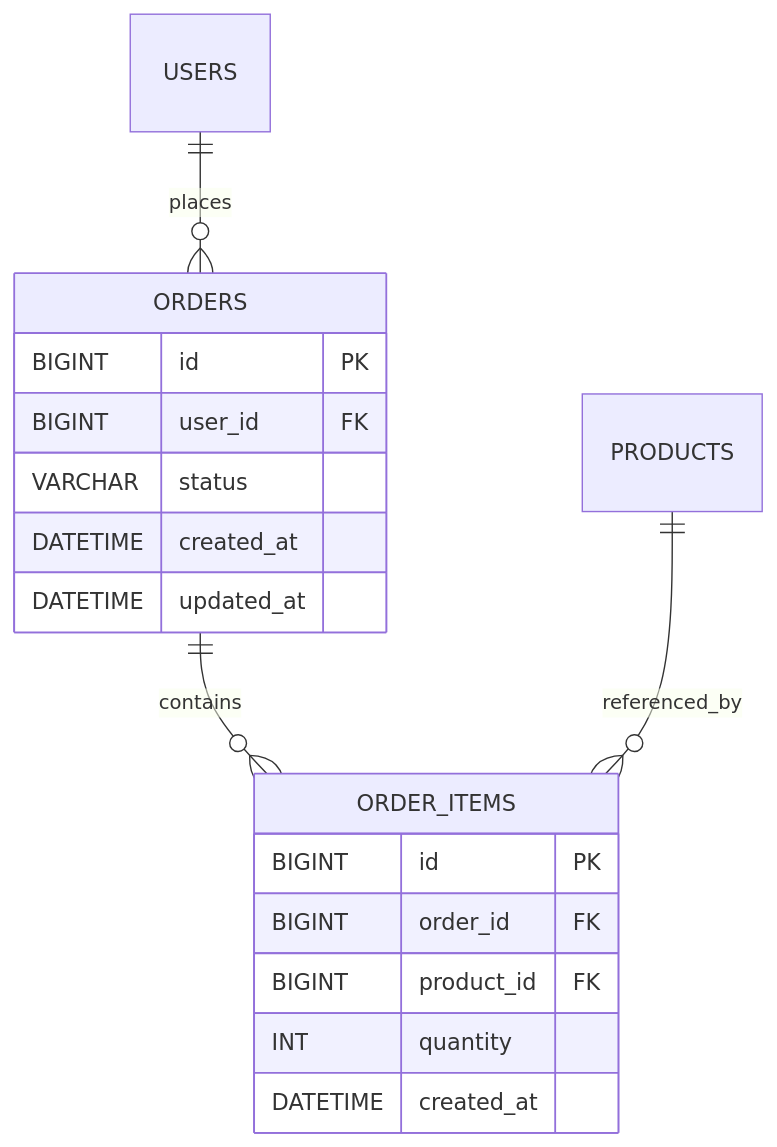
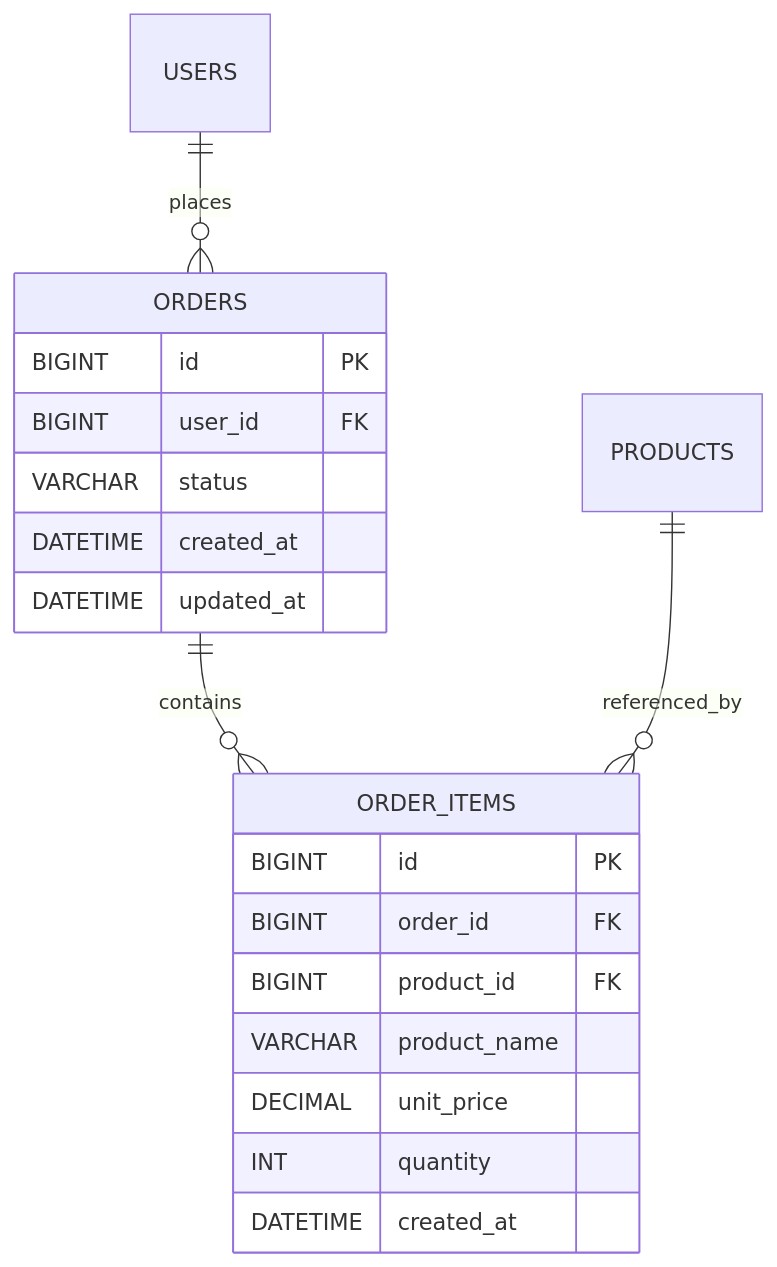
The first of 2 diagrams in docs/wiki/Phase2_기획및설계.md (SINHEESEOP/Evo-Commerce), drawn with Mermaid before and after one commit. The commit also changed other lines of this file, not shown here.

````diff
--- a/docs/wiki/Phase2_기획및설계.md
+++ b/docs/wiki/Phase2_기획및설계.md
@@ -8,22 +8,24 @@
 ```mermaid
 erDiagram
     USERS ||--o{ ORDERS : places
     ORDERS ||--o{ ORDER_ITEMS : contains
     PRODUCTS ||--o{ ORDER_ITEMS : referenced_by
 
     ORDERS {
         BIGINT id PK
         BIGINT user_id FK
         VARCHAR status
         DATETIME created_at
         DATETIME updated_at
     }
 
     ORDER_ITEMS {
         BIGINT id PK
         BIGINT order_id FK
         BIGINT product_id FK
+        VARCHAR product_name
+        DECIMAL unit_price
         INT quantity
         DATETIME created_at
     }
 ```
````
